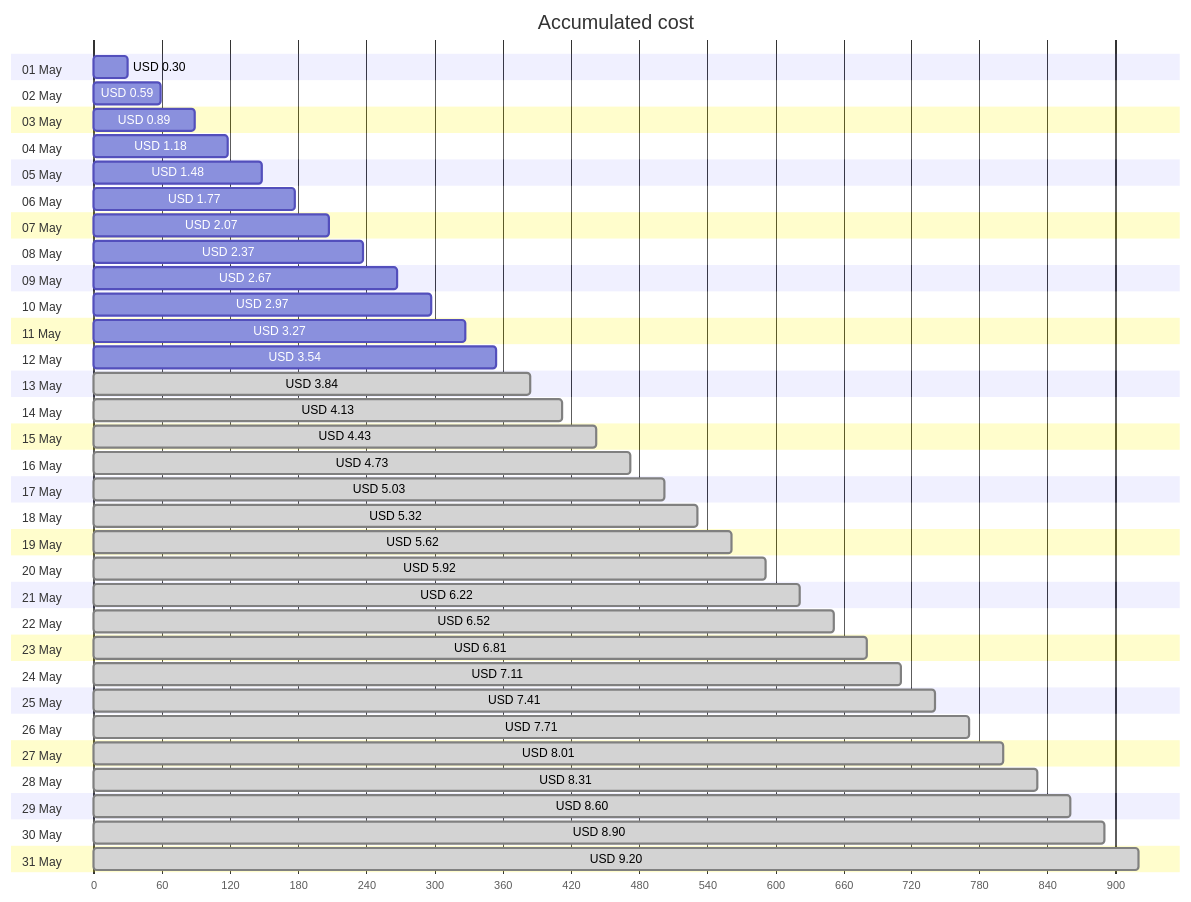
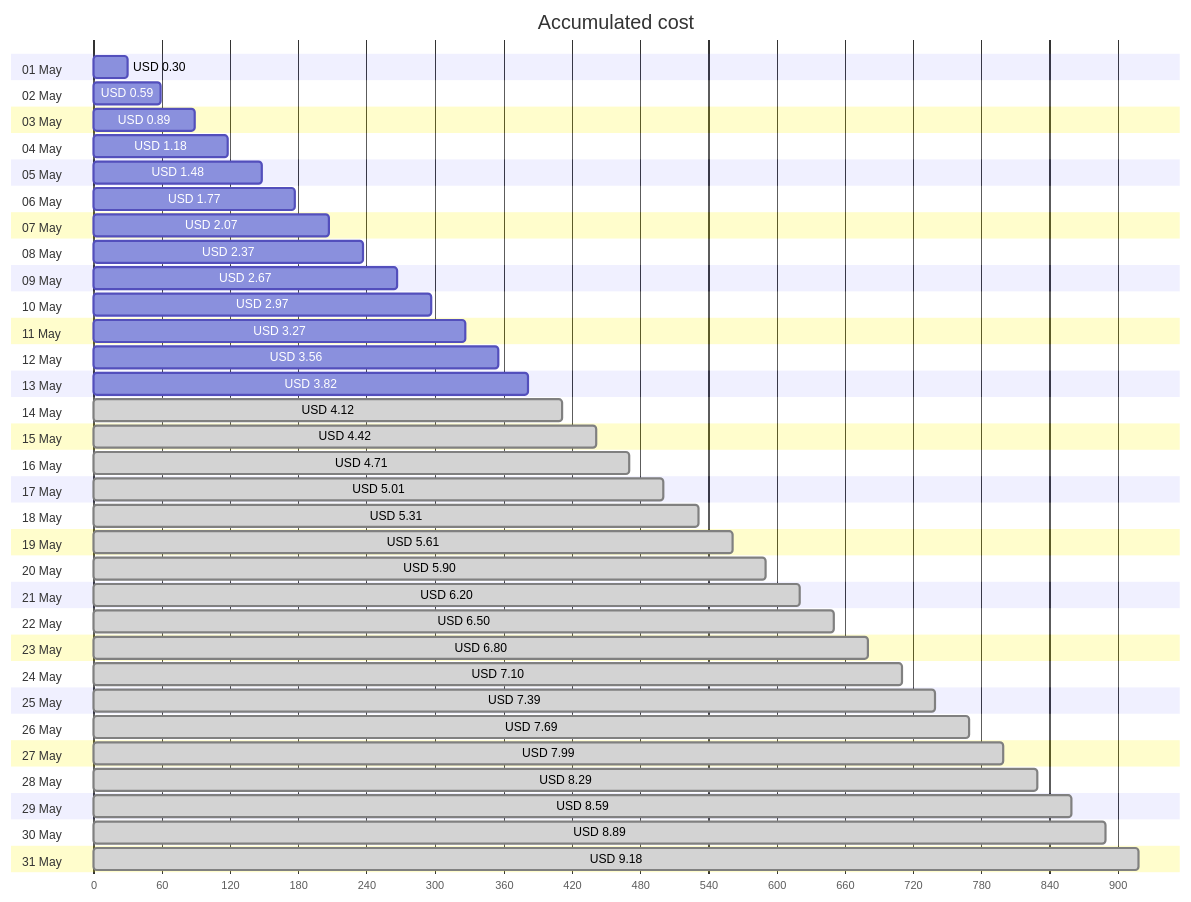
The first of 4 diagrams in cost-reports/personal-site/personal-site-preview.md (jpfulton/azure-personal-reports), drawn with Mermaid before and after one commit. The commit also changed other lines of this file and 6 other files, not shown here.

````diff
--- a/cost-reports/personal-site/personal-site-preview.md
+++ b/cost-reports/personal-site/personal-site-preview.md
@@ -20,68 +20,68 @@
 ```mermaid
 gantt
    title Accumulated cost
    dateFormat  X
    axisFormat %s
    section 01 May
    USD 0.30 :0, 30
    section 02 May
    USD 0.59 :0, 59
    section 03 May
    USD 0.89 :0, 89
    section 04 May
    USD 1.18 :0, 118
    section 05 May
    USD 1.48 :0, 148
    section 06 May
    USD 1.77 :0, 177
    section 07 May
    USD 2.07 :0, 207
    section 08 May
    USD 2.37 :0, 237
    section 09 May
    USD 2.67 :0, 267
    section 10 May
    USD 2.97 :0, 297
    section 11 May
    USD 3.27 :0, 327
    section 12 May
-   USD 3.54 :0, 354
+   USD 3.56 :0, 356
    section 13 May
-   USD 3.84 : done, 0, 384
+   USD 3.82 :0, 382
    section 14 May
-   USD 4.13 : done, 0, 413
+   USD 4.12 : done, 0, 412
    section 15 May
-   USD 4.43 : done, 0, 443
+   USD 4.42 : done, 0, 442
    section 16 May
-   USD 4.73 : done, 0, 473
+   USD 4.71 : done, 0, 471
    section 17 May
-   USD 5.03 : done, 0, 503
+   USD 5.01 : done, 0, 501
    section 18 May
-   USD 5.32 : done, 0, 532
+   USD 5.31 : done, 0, 531
    section 19 May
-   USD 5.62 : done, 0, 562
+   USD 5.61 : done, 0, 561
    section 20 May
-   USD 5.92 : done, 0, 592
+   USD 5.90 : done, 0, 590
    section 21 May
-   USD 6.22 : done, 0, 622
+   USD 6.20 : done, 0, 620
    section 22 May
-   USD 6.52 : done, 0, 652
+   USD 6.50 : done, 0, 650
    section 23 May
-   USD 6.81 : done, 0, 681
+   USD 6.80 : done, 0, 680
    section 24 May
-   USD 7.11 : done, 0, 711
+   USD 7.10 : done, 0, 710
    section 25 May
-   USD 7.41 : done, 0, 741
+   USD 7.39 : done, 0, 739
    section 26 May
-   USD 7.71 : done, 0, 771
+   USD 7.69 : done, 0, 769
    section 27 May
-   USD 8.01 : done, 0, 801
+   USD 7.99 : done, 0, 799
    section 28 May
-   USD 8.31 : done, 0, 831
+   USD 8.29 : done, 0, 829
    section 29 May
-   USD 8.60 : done, 0, 860
+   USD 8.59 : done, 0, 859
    section 30 May
-   USD 8.90 : done, 0, 890
+   USD 8.89 : done, 0, 889
    section 31 May
-   USD 9.20 : done, 0, 920
+   USD 9.18 : done, 0, 918
 ```
````
